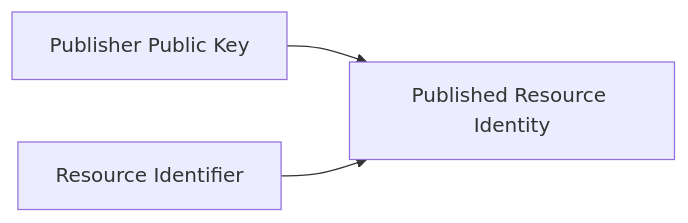
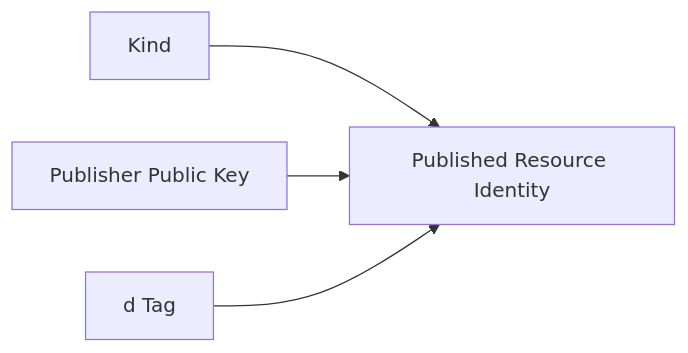
One commit to kjvonly/kjvonly.bible changed the fourth of 12 diagrams in docs/architecture/0002-domain-resource-model.md. Above: the diagram before and after it, drawn with Mermaid. The commit also changed other lines of this file and 3 other files, not shown here.

````diff
--- a/docs/architecture/0002-domain-resource-model.md
+++ b/docs/architecture/0002-domain-resource-model.md
@@ -406,10 +405,15 @@
 ```mermaid
 flowchart LR
 
+    KIND["Kind"]
+
     PUBLISHER["Publisher Public Key"]
 
-    RESOURCE_ID["Resource Identifier"]
+    RESOURCE_ID["d Tag"]
 
-    PUBLISHER --> IDENTITY["Published Resource Identity"]
+    KIND --> IDENTITY["Published Resource Identity"]
+
+    PUBLISHER --> IDENTITY
+
     RESOURCE_ID --> IDENTITY
 ```
````
